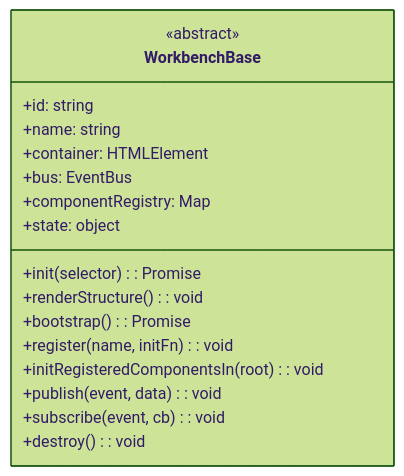
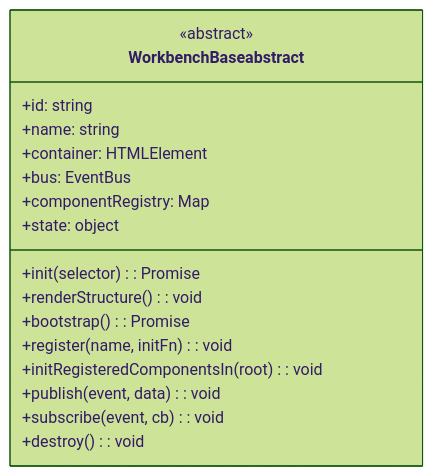
Before and after one commit to arbph-dev/codeIgniter-appCms: the diagram in documentation/WORKBENCH/ARCHITECTURE/WorkbenchBase.md, drawn with Mermaid (forest theme).

````diff
--- a/documentation/WORKBENCH/ARCHITECTURE/WorkbenchBase.md
+++ b/documentation/WORKBENCH/ARCHITECTURE/WorkbenchBase.md
@@ -5,20 +5,22 @@
 ```mermaid
 classDiagram
-    class WorkbenchBase {
+    classDef abstract fill:#f9f9f9,stroke:#333,stroke-dasharray: 5 5
+
+    class WorkbenchBase abstract {
         <<abstract>>
         +id: string
         +name: string
         +container: HTMLElement
         +bus: EventBus
         +componentRegistry: Map
         +state: object
         +init(selector): Promise
         +renderStructure(): void
         +bootstrap(): Promise
         +register(name, initFn): void
         +initRegisteredComponentsIn(root): void
         +publish(event, data): void
         +subscribe(event, cb): void
         +destroy(): void
     }
 ```
````
